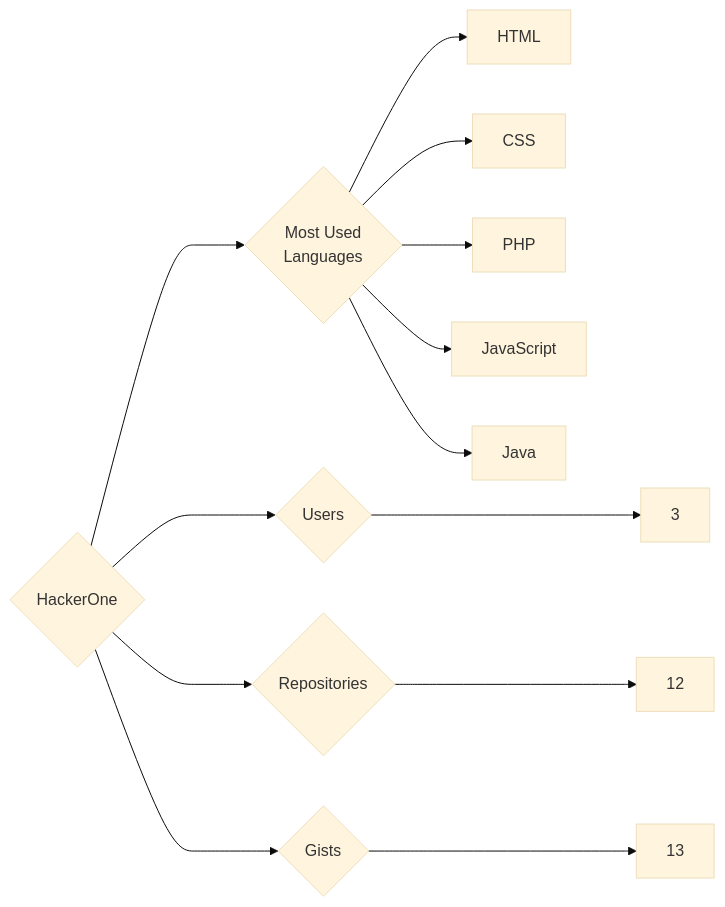
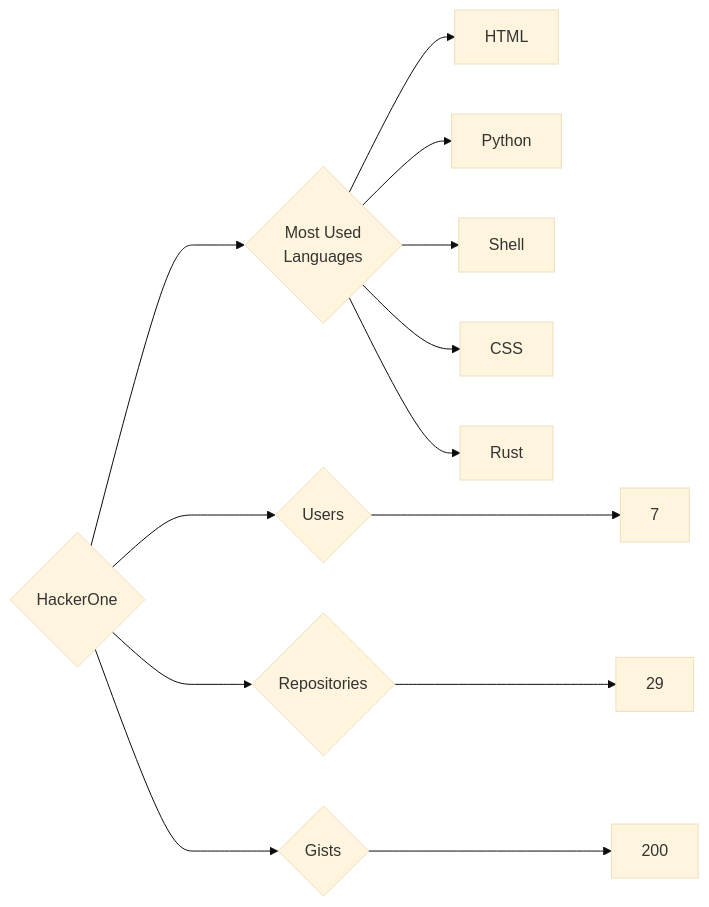
One commit to trickest/insiders changed the diagram in targets/HackerOne/README.md. Above: the diagram before and after it, drawn with Mermaid (base theme). The commit also changed 1036 other files, not shown here.

````diff
--- a/targets/HackerOne/README.md
+++ b/targets/HackerOne/README.md
@@ -3,13 +3,13 @@
 ```mermaid
 graph LR
 COMPANY_NAME{HackerOne}
-COMPANY_NAME ---> U{Users} ---> UN[3]
-COMPANY_NAME ---> R{Repositories} ---> RN[12]
-COMPANY_NAME ---> G{Gists} ---> GN[13]
+COMPANY_NAME ---> U{Users} ---> UN[7]
+COMPANY_NAME ---> R{Repositories} ---> RN[29]
+COMPANY_NAME ---> G{Gists} ---> GN[200]
 COMPANY_NAME ---> ML{Most Used<br>Languages}
 ML --> HTML[HTML]
+ML --> Python[Python]
+ML --> Shell[Shell]
 ML --> CSS[CSS]
-ML --> PHP[PHP]
-ML --> JavaScript[JavaScript]
-ML --> Java[Java]
+ML --> Rust[Rust]
 ```
````
